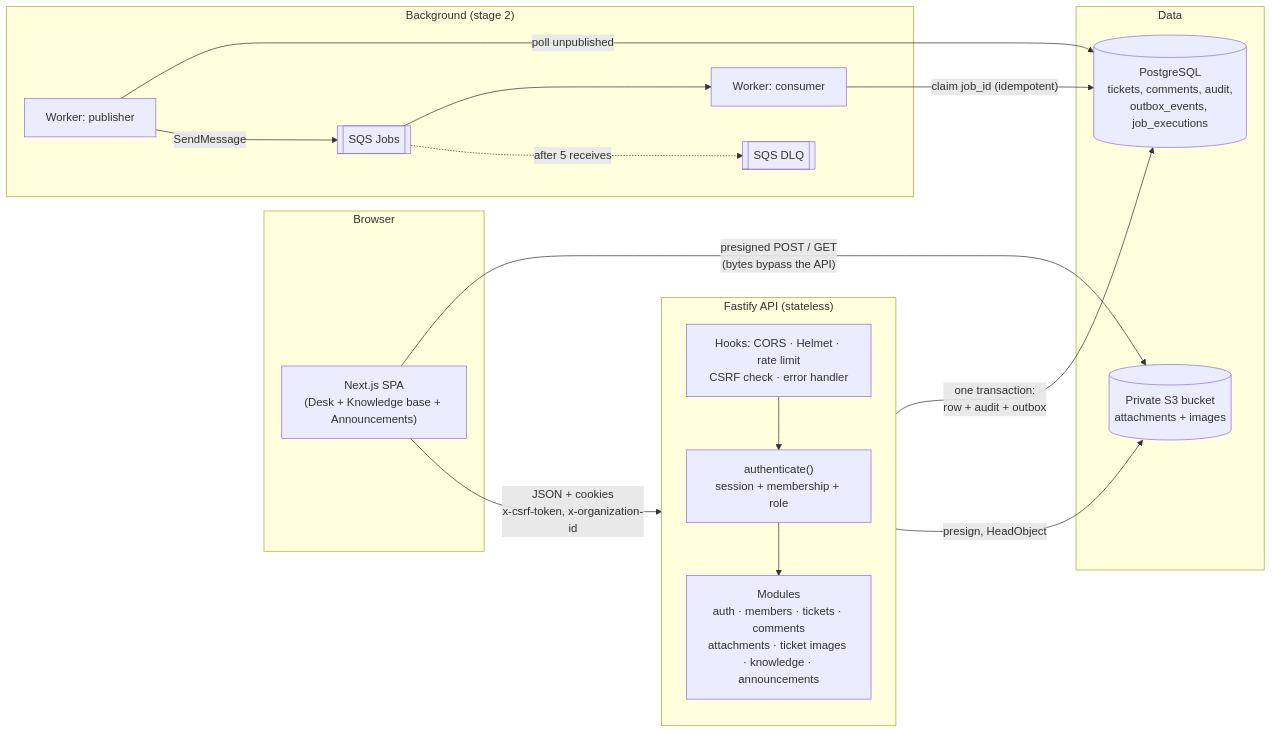
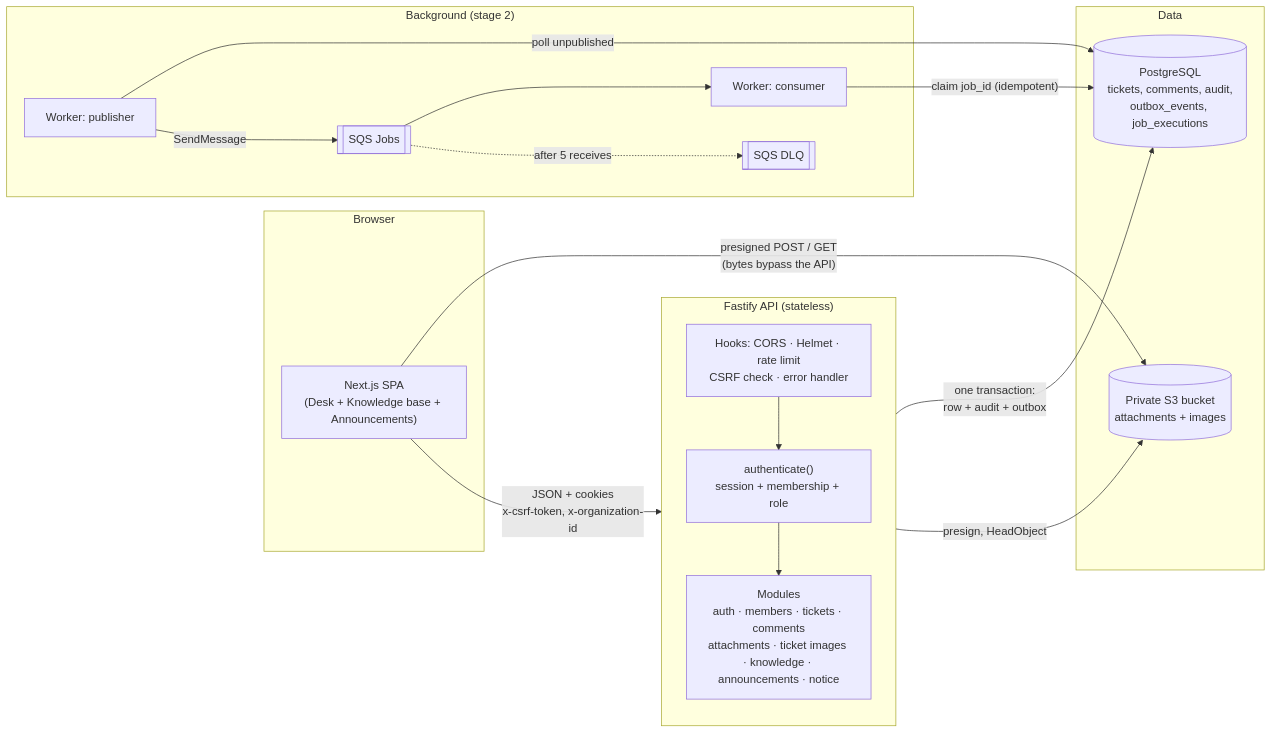
Before and after one commit to TheCodister/support-portal: the second of 10 diagrams in README.md, drawn with Mermaid. The commit also changed other lines of this file and 12 other files, not shown here.

````diff
--- a/README.md
+++ b/README.md
@@ -141,36 +143,36 @@
 ```mermaid
 flowchart LR
   subgraph Browser
     UI["Next.js SPA<br/>(Desk + Knowledge base + Announcements)"]
   end
 
   subgraph API["Fastify API (stateless)"]
     direction TB
     MW["Hooks: CORS · Helmet · rate limit<br/>CSRF check · error handler"]
     AUTH["authenticate()<br/>session + membership + role"]
-    MODS["Modules<br/>auth · members · tickets · comments<br/>attachments · ticket images · knowledge · announcements"]
+    MODS["Modules<br/>auth · members · tickets · comments<br/>attachments · ticket images · knowledge · announcements · notice"]
     MW --> AUTH --> MODS
   end
 
   subgraph Data
     PG[("PostgreSQL<br/>tickets, comments, audit,<br/>outbox_events, job_executions")]
     S3[("Private S3 bucket<br/>attachments + images")]
   end
 
   subgraph Async["Background (stage 2)"]
     PUB["Worker: publisher"]
     Q[["SQS Jobs"]]
     DLQ[["SQS DLQ"]]
     CON["Worker: consumer"]
   end
 
   UI -- "JSON + cookies<br/>x-csrf-token, x-organization-id" --> MW
   UI -- "presigned POST / GET<br/>(bytes bypass the API)" --> S3
   MODS -- "one transaction:<br/>row + audit + outbox" --> PG
   MODS -- "presign, HeadObject" --> S3
   PUB -- "poll unpublished" --> PG
   PUB -- SendMessage --> Q
   Q --> CON
   Q -. "after 5 receives" .-> DLQ
   CON -- "claim job_id (idempotent)" --> PG
 ```
````
